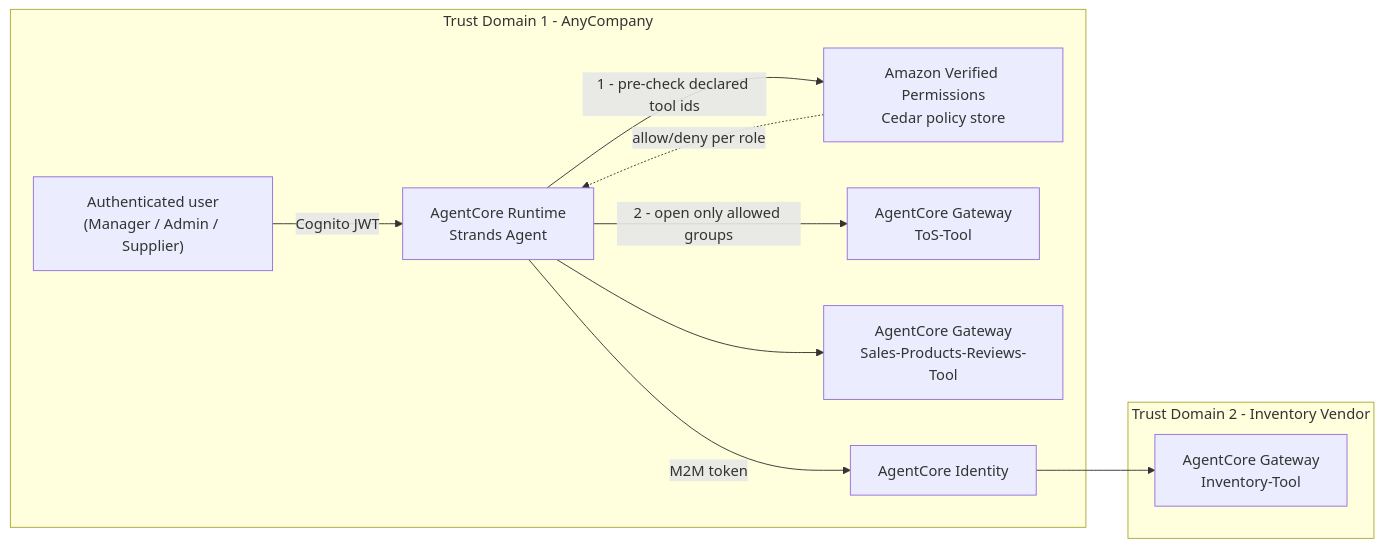
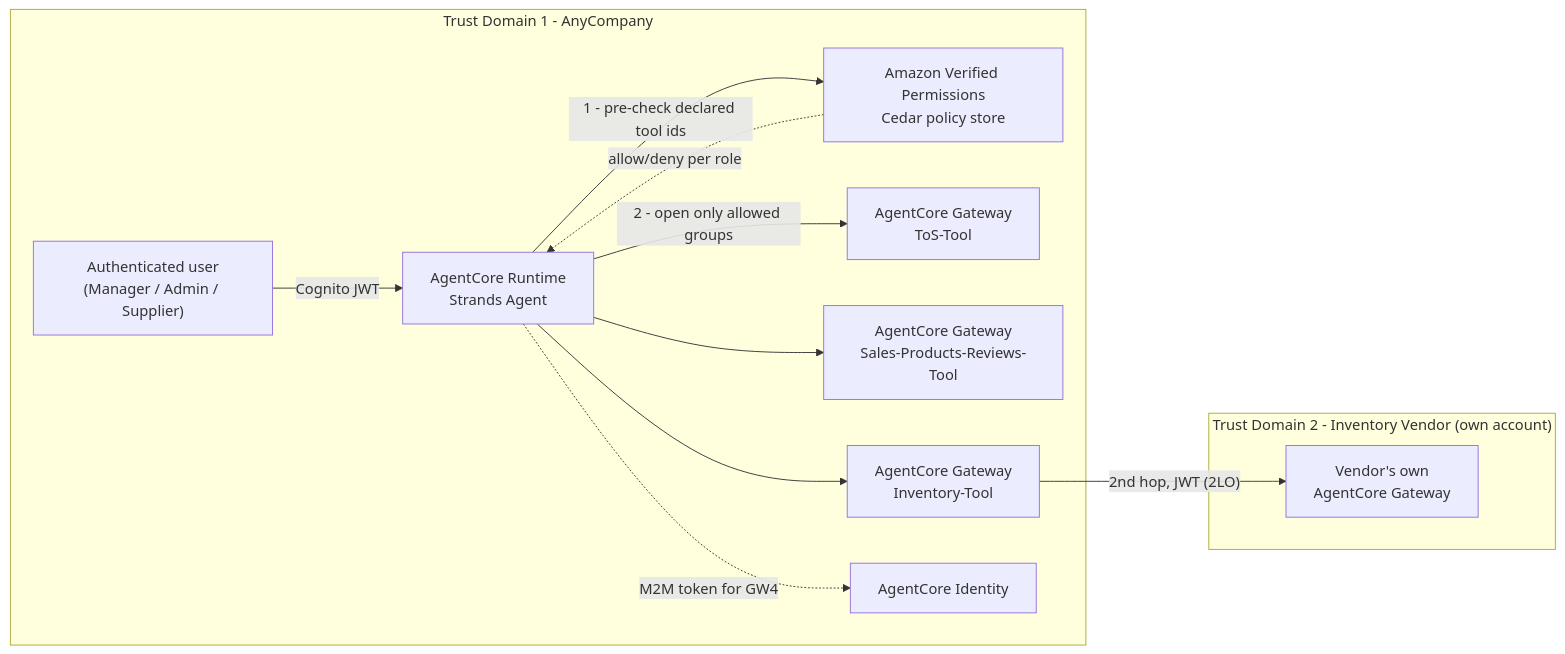
The diagram in docs/05-activity5-dynamic-tool-filtering-capability.md (KartikJaswal1111/agent_identity_management_on_aws), drawn with Mermaid before and after one commit. The commit also changed other lines of this file and 24 other files, not shown here.

````diff
--- a/docs/05-activity5-dynamic-tool-filtering-capability.md
+++ b/docs/05-activity5-dynamic-tool-filtering-capability.md
@@ -5,14 +5,16 @@
 ```mermaid
 graph LR
     subgraph TD1["Trust Domain 1 - AnyCompany"]
         User["Authenticated user<br/>(Manager / Admin / Supplier)"] -->|Cognito JWT| Runtime["AgentCore Runtime<br/>Strands Agent"]
         Runtime -->|"1 - pre-check declared tool ids"| AVP["Amazon Verified Permissions<br/>Cedar policy store"]
         AVP -.->|allow/deny per role| Runtime
         Runtime -->|"2 - open only allowed groups"| GW1["AgentCore Gateway<br/>ToS-Tool"]
         Runtime --> GW2["AgentCore Gateway<br/>Sales-Products-Reviews-Tool"]
-        Runtime -->|M2M token| Identity["AgentCore Identity"]
+        Runtime --> GW4["AgentCore Gateway<br/>Inventory-Tool"]
+        Runtime -.->|M2M token for GW4| Identity["AgentCore Identity"]
     end
-    subgraph TD2["Trust Domain 2 - Inventory Vendor"]
-        Identity --> GW3["AgentCore Gateway<br/>Inventory-Tool"]
+    subgraph TD2["Trust Domain 2 - Inventory Vendor (own account)"]
+        GW3["Vendor's own<br/>AgentCore Gateway"]
     end
+    GW4 -->|"2nd hop, JWT (2LO)"| GW3
 ```
````
